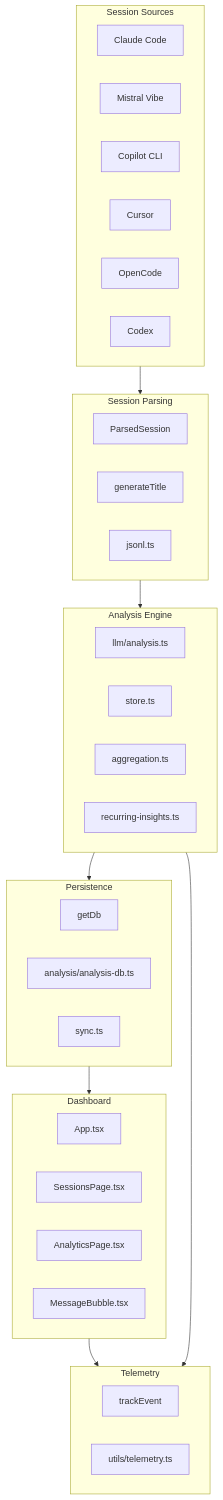
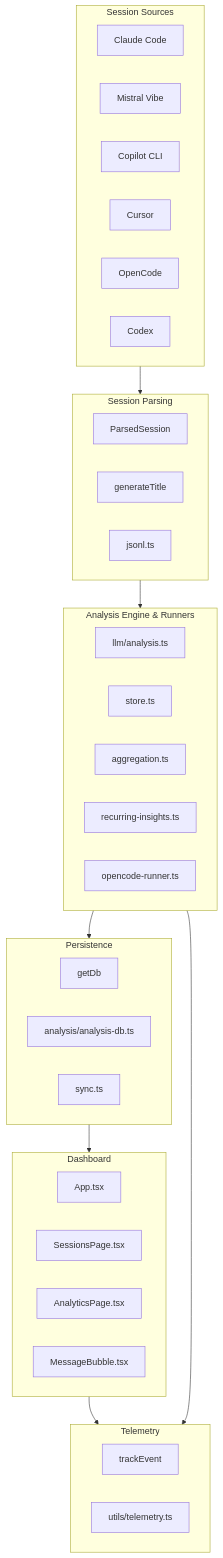
Before and after one commit to b08x/code-insights: the diagram in docs/README.md, drawn with Mermaid. The commit also changed other lines of this file and 9 other files, not shown here.

Commit message:
📝 docs: update architecture docs for Schema V18 and OpenCodeRunner

````diff
--- a/docs/README.md
+++ b/docs/README.md
@@ -31,49 +33,50 @@
 ```mermaid
 flowchart TD
     subgraph Input["Session Sources"]
         C[Claude Code]
         M[Mistral Vibe]
         P[Copilot CLI]
         U[Cursor]
         O[OpenCode]
         X[Codex]
     end
     
     subgraph Parsing["Session Parsing"]
         ParsedSession
         generateTitle
         jsonl.ts
     end
     
-    subgraph Analysis["Analysis Engine"]
+    subgraph Analysis["Analysis Engine & Runners"]
         llm/analysis.ts
         store.ts
         aggregation.ts
         recurring-insights.ts
+        opencode-runner.ts
     end
-    
+
     subgraph Storage["Persistence"]
         getDb
         analysis/analysis-db.ts
         sync.ts
     end
-    
+
     subgraph UI["Dashboard"]
         App.tsx
         SessionsPage.tsx
         AnalyticsPage.tsx
         MessageBubble.tsx
     end
-    
+
     subgraph Telemetry["Telemetry"]
         trackEvent
         utils/telemetry.ts
     end
-    
+
     Input --> Parsing
     Parsing --> Analysis
     Analysis --> Storage
     Storage --> UI
     UI --> Telemetry
     Analysis --> Telemetry
 ```
````
